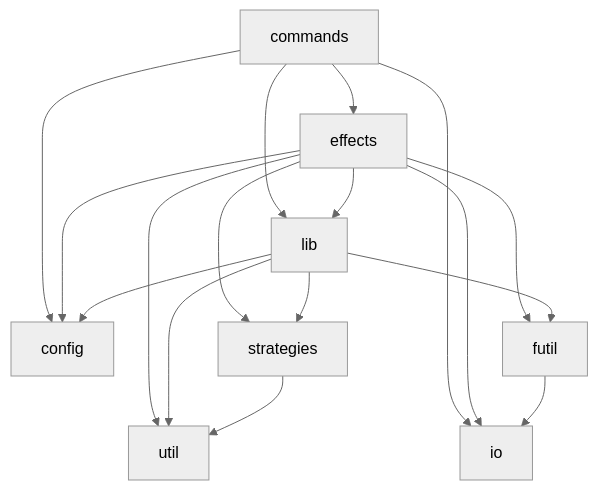
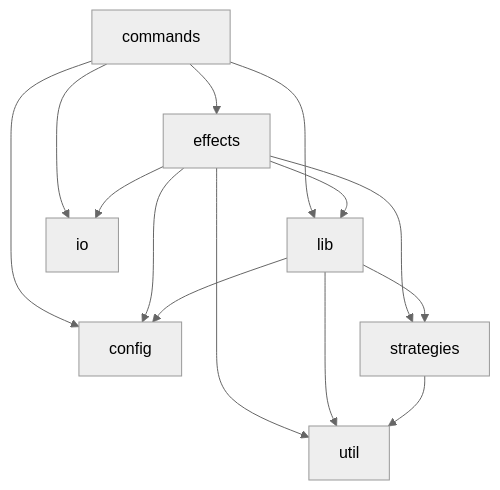
The diagram in README.md (mattriley/node-module-indexgen), drawn with Mermaid (neutral theme) before and after one commit. The commit also changed other lines of this file and 7 other files, not shown here.

````diff
--- a/README.md
+++ b/README.md
@@ -101,19 +101,16 @@
 ```mermaid
 graph TD;
     commands-->effects;
     commands-->lib;
     commands-->io;
     commands-->config;
     effects-->lib;
     effects-->config;
     effects-->io;
-    effects-->futil;
     effects-->util;
     effects-->strategies;
-    futil-->io;
     lib-->strategies;
-    lib-->futil;
     lib-->util;
     lib-->config;
     strategies-->util;
 ```
````
